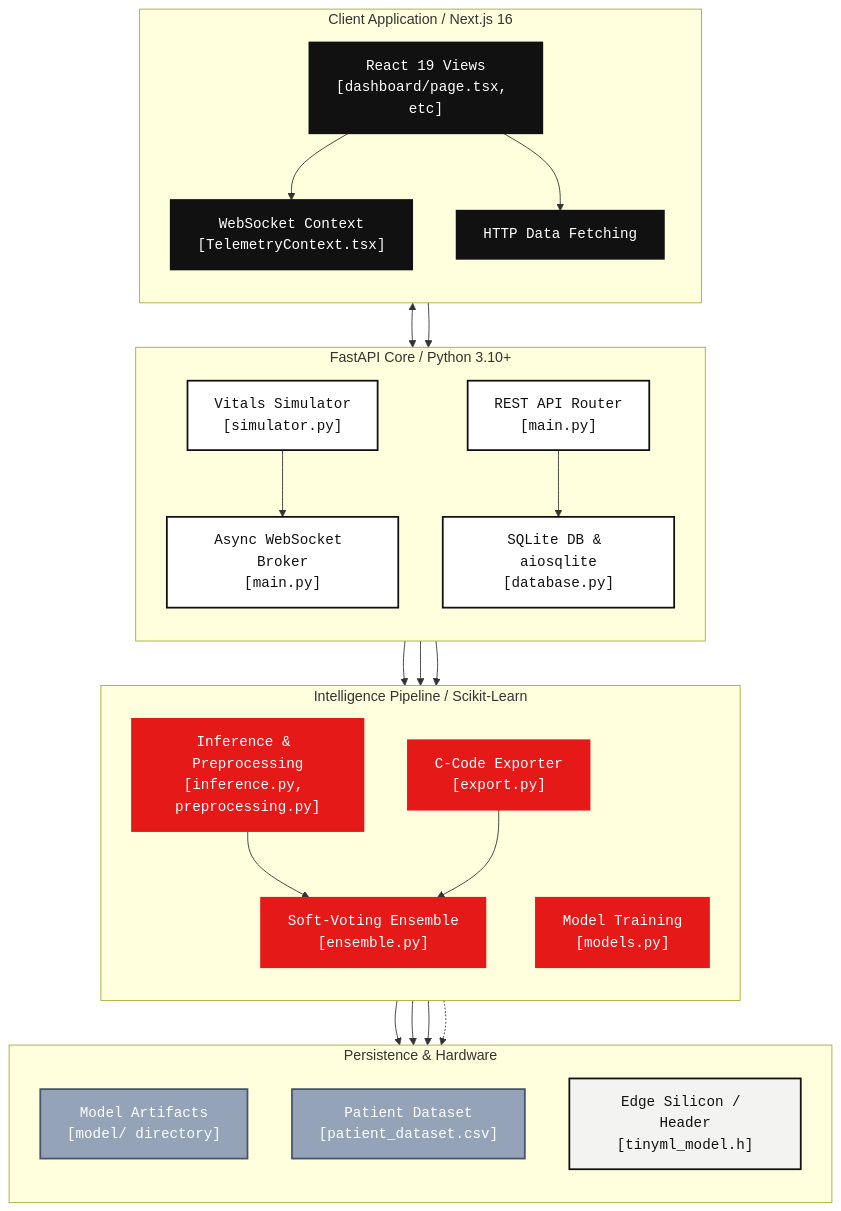
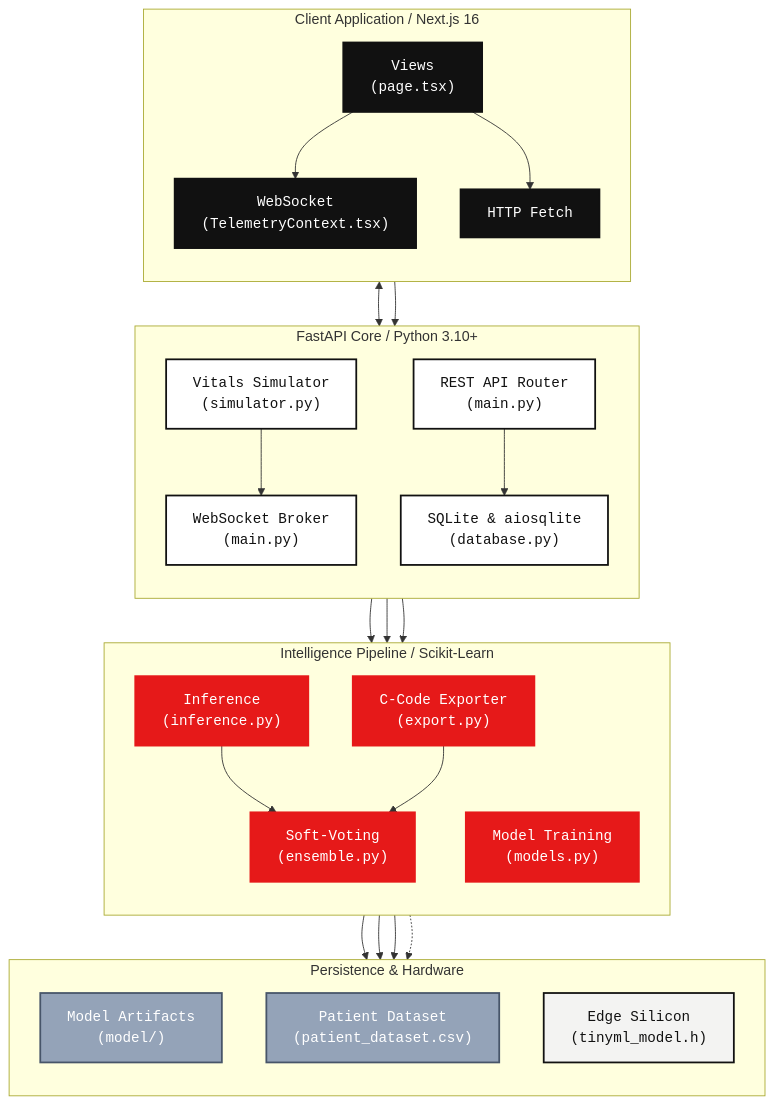
The diagram in ARCHITECTURE.md (IDKHowToCodeFR/HEARTFLOW_OS), drawn with Mermaid before and after one commit. The commit also changed 1 other file, not shown here.

Commit message:
docs: rewrite README to Vercel guidelines and fix Mermaid text clipping

````diff
--- a/ARCHITECTURE.md
+++ b/ARCHITECTURE.md
@@ -13,59 +13,59 @@
 ```mermaid
 graph TD
     %% Define styles
     classDef frontend fill:#111,stroke:#111,stroke-width:2px,color:#fff,font-family:monospace;
     classDef backend fill:#fff,stroke:#111,stroke-width:2px,color:#111,font-family:monospace;
     classDef ml_node fill:#e61919,stroke:#e61919,stroke-width:2px,color:#fff,font-family:monospace;
     classDef edge_tech fill:#f3f3f2,stroke:#111,stroke-width:2px,color:#111,font-family:monospace;
     classDef data fill:#94a3b8,stroke:#475569,stroke-width:2px,color:#fff,font-family:monospace;
 
     subgraph Client [Client Application / Next.js 16]
         direction TB
-        UI["React 19 Views<br/>[dashboard/page.tsx, etc]"]:::frontend
-        WS_Client["WebSocket Context<br/>[TelemetryContext.tsx]"]:::frontend
-        HTTP_Client["HTTP Data Fetching"]:::frontend
+        UI["Views<br/>(page.tsx)"]:::frontend
+        WS_Client["WebSocket<br/>(TelemetryContext.tsx)"]:::frontend
+        HTTP_Client["HTTP Fetch"]:::frontend
     end
 
     subgraph Core [FastAPI Core / Python 3.10+]
         direction TB
-        WS_Server["Async WebSocket Broker<br/>[main.py]"]:::backend
-        REST_API["REST API Router<br/>[main.py]"]:::backend
-        Simulator["Vitals Simulator<br/>[simulator.py]"]:::backend
-        DB["SQLite DB & aiosqlite<br/>[database.py]"]:::backend
+        WS_Server["WebSocket Broker<br/>(main.py)"]:::backend
+        REST_API["REST API Router<br/>(main.py)"]:::backend
+        Simulator["Vitals Simulator<br/>(simulator.py)"]:::backend
+        DB["SQLite & aiosqlite<br/>(database.py)"]:::backend
     end
 
     subgraph ML_Layer [Intelligence Pipeline / Scikit-Learn]
         direction TB
-        Inference["Inference & Preprocessing<br/>[inference.py, preprocessing.py]"]:::ml_node
-        Ensemble["Soft-Voting Ensemble<br/>[ensemble.py]"]:::ml_node
-        Training["Model Training<br/>[models.py]"]:::ml_node
-        EdgeCompiler["C-Code Exporter<br/>[export.py]"]:::ml_node
+        Inference["Inference<br/>(inference.py)"]:::ml_node
+        Ensemble["Soft-Voting<br/>(ensemble.py)"]:::ml_node
+        Training["Model Training<br/>(models.py)"]:::ml_node
+        EdgeCompiler["C-Code Exporter<br/>(export.py)"]:::ml_node
     end
 
     subgraph Storage [Persistence & Hardware]
         direction TB
-        ModelWeights["Model Artifacts<br/>[model/ directory]"]:::data
-        CSV["Patient Dataset<br/>[patient_dataset.csv]"]:::data
-        MCU["Edge Silicon / Header<br/>[tinyml_model.h]"]:::edge_tech
+        ModelWeights["Model Artifacts<br/>(model/)"]:::data
+        CSV["Patient Dataset<br/>(patient_dataset.csv)"]:::data
+        MCU["Edge Silicon<br/>(tinyml_model.h)"]:::edge_tech
     end
 
     %% Flows
     UI --> WS_Client
     UI --> HTTP_Client
     
     WS_Client <--> WS_Server
     HTTP_Client --> REST_API
     
     WS_Server --> Inference
     Simulator --> WS_Server
     REST_API --> DB
     REST_API --> Training
     REST_API --> EdgeCompiler
     
     Inference --> Ensemble
     Training --> ModelWeights
     Training --> CSV
     Ensemble --> ModelWeights
     EdgeCompiler --> Ensemble
     EdgeCompiler -.-> MCU
 ```
````
